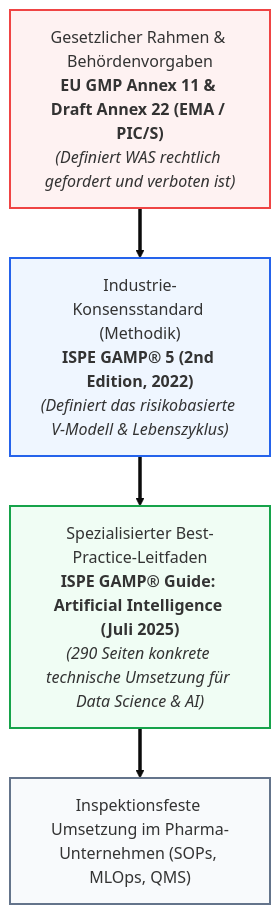
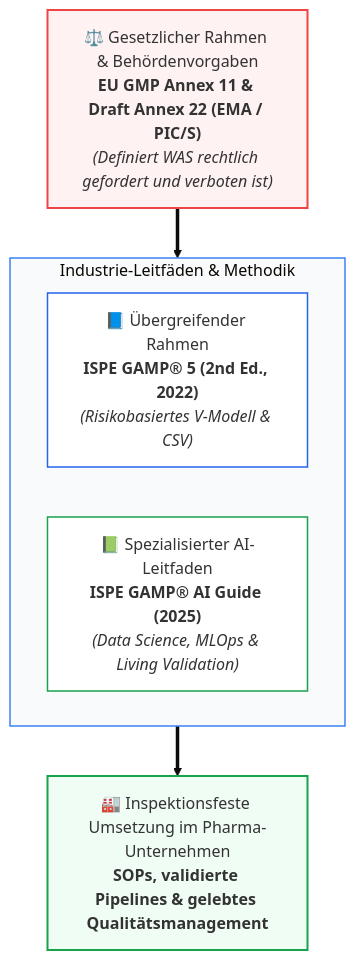
One commit to Lunaman06/Annex22 changed the first of 3 diagrams in docs/de/appendix_ispe_gamp_ai_best_practices.md. Above: the diagram before and after it, drawn with Mermaid (base theme). The commit also changed other lines of this file and 29 other files, not shown here.

Commit message:
style(docs): optimize mermaid diagram aspect ratios, edge flows and legibility across all DE and EN modules

````diff
--- a/docs/de/appendix_ispe_gamp_ai_best_practices.md
+++ b/docs/de/appendix_ispe_gamp_ai_best_practices.md
@@ -20,15 +20,21 @@
 ```mermaid
-graph TD
-    A["Gesetzlicher Rahmen & Behördenvorgaben<br/><b>EU GMP Annex 11 & Draft Annex 22 (EMA / PIC/S)</b><br/><i>(Definiert WAS rechtlich gefordert und verboten ist)</i>"]
-    B["Industrie-Konsensstandard (Methodik)<br/><b>ISPE GAMP® 5 (2nd Edition, 2022)</b><br/><i>(Definiert das risikobasierte V-Modell & Lebenszyklus)</i>"]
-    C["Spezialisierter Best-Practice-Leitfaden<br/><b>ISPE GAMP® Guide: Artificial Intelligence (Juli 2025)</b><br/><i>(290 Seiten konkrete technische Umsetzung für Data Science & AI)</i>"]
+flowchart TD
+    A["⚖️ Gesetzlicher Rahmen & Behördenvorgaben<br/><b>EU GMP Annex 11 & Draft Annex 22 (EMA / PIC/S)</b><br/><i>(Definiert WAS rechtlich gefordert und verboten ist)</i>"]
 
-    A ==> B
-    B ==> C
-    C ==> D["Inspektionsfeste Umsetzung im Pharma-Unternehmen (SOPs, MLOps, QMS)"]
+    subgraph Frameworks["Industrie-Leitfäden & Methodik"]
+        direction LR
+        B["📘 Übergreifender Rahmen<br/><b>ISPE GAMP® 5 (2nd Ed., 2022)</b><br/><i>(Risikobasiertes V-Modell & CSV)</i>"]
+        C["📗 Spezialisierter AI-Leitfaden<br/><b>ISPE GAMP® AI Guide (2025)</b><br/><i>(Data Science, MLOps & Living Validation)</i>"]
+    end
+
+    D["🏭 Inspektionsfeste Umsetzung im Pharma-Unternehmen<br/><b>SOPs, validierte Pipelines & gelebtes Qualitätsmanagement</b>"]
+
+    A ==> Frameworks
+    Frameworks ==> D
 
     style A fill:#fef2f2,stroke:#ef4444,stroke-width:2px
-    style B fill:#eff6ff,stroke:#2563eb,stroke-width:2px
-    style C fill:#f0fdf4,stroke:#16a34a,stroke-width:2px
-    style D fill:#f8fafc,stroke:#64748b,stroke-width:2px
+    style Frameworks fill:#f8fafc,stroke:#3b82f6,stroke-width:1.5px
+    style B fill:#ffffff,stroke:#2563eb,stroke-width:1.5px
+    style C fill:#ffffff,stroke:#16a34a,stroke-width:1.5px
+    style D fill:#f0fdf4,stroke:#16a34a,stroke-width:2px
 ```
````
